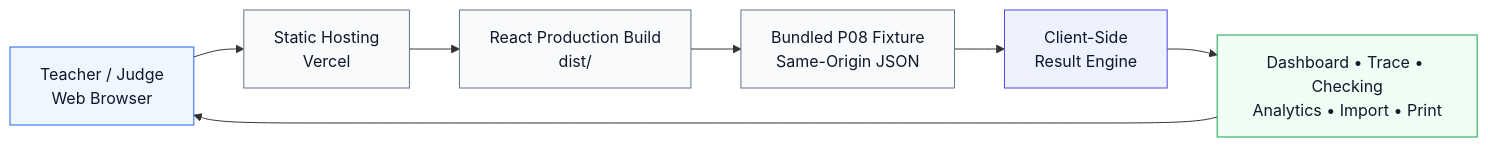
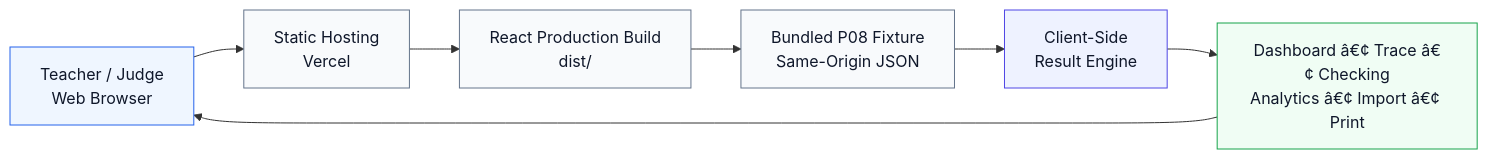
Before and after one commit to MrNowYouSeeMe/lsh26-t023-p08: the second of 2 diagrams in README.md, drawn with Mermaid. The commit also changed other lines of this file and 1 other file, not shown here.

````diff
--- a/README.md
+++ b/README.md
@@ -393,34 +393,34 @@
 ```mermaid
 flowchart LR
 
     USER["Teacher / Judge<br/>Web Browser"]
 
     HOST["Static Hosting<br/>Vercel"]
 
     APP["React Production Build<br/>dist/"]
 
     DATA["Bundled P08 Fixture<br/>Same-Origin JSON"]
 
     ENGINE["Client-Side<br/>Result Engine"]
 
-    VIEW["Dashboard • Trace • Checking<br/>Analytics • Import • Print"]
+    VIEW["Dashboard â€¢ Trace â€¢ Checking<br/>Analytics â€¢ Import â€¢ Print"]
 
 
     USER --> HOST
     HOST --> APP
     APP --> DATA
     DATA --> ENGINE
     ENGINE --> VIEW
     VIEW --> USER
 
 
     classDef browser fill:#eff6ff,stroke:#2563eb,color:#0f172a;
     classDef host fill:#f8fafc,stroke:#64748b,color:#0f172a;
     classDef core fill:#eef2ff,stroke:#4f46e5,color:#0f172a;
     classDef view fill:#f0fdf4,stroke:#16a34a,color:#0f172a;
 
     class USER browser;
     class HOST,APP,DATA host;
     class ENGINE core;
     class VIEW view;
 ```
````
